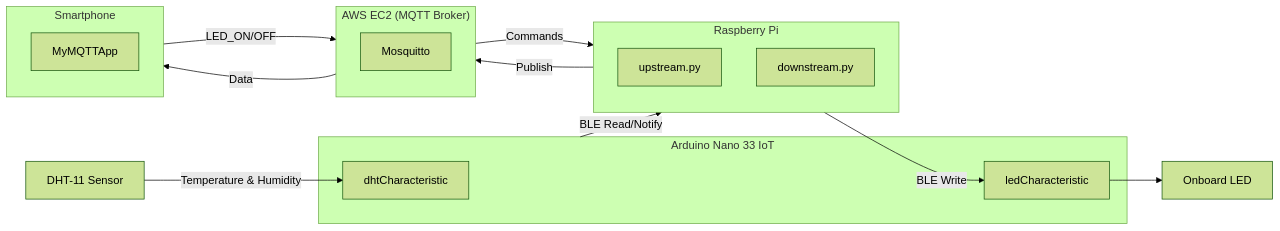
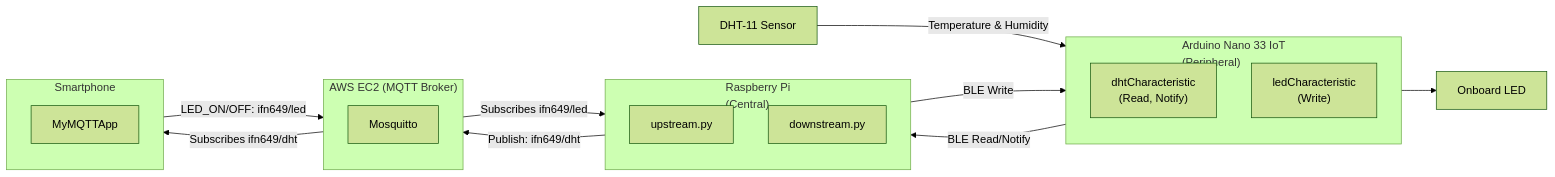
The diagram in README.md (baramatsubonzo/ble-dht11-to-mqtt-with-led-return), drawn with Mermaid (forest theme) before and after one commit.

Commit message:
update architecture

````diff
--- a/README.md
+++ b/README.md
@@ -2,33 +2,33 @@
 ```mermaid
 flowchart LR
     DHT["DHT-11 Sensor"]
     LED["Onboard LED"]
 
-    subgraph Arduino["Arduino Nano 33 IoT"]
-		BLE_Char1["dhtCharacteristic"]
-        BLE_Char2["ledCharacteristic"]
+    subgraph Arduino["Arduino Nano 33 IoT<br>(Peripheral)"]
+		BLE_Char1["dhtCharacteristic<br>(Read, Notify)"]
+        BLE_Char2["ledCharacteristic<br>(Write)"]
     end
 
-    subgraph Pi["Raspberry Pi"]
+    subgraph Pi["Raspberry Pi<br>(Central)"]
         BLE_Read["upstream.py"]
         BLE_Write["downstream.py"]
     end
 
     subgraph EC2["AWS EC2 (MQTT Broker)"]
         Broker["Mosquitto"]
     end
 
 	subgraph Phone["Smartphone"]
 		 MyMQTTApp
 	end
 
-	DHT -->|Temperature & Humidity| BLE_Char1
+	DHT -->|Temperature & Humidity| Arduino
     Arduino --> |BLE Read/Notify| Pi
-    Pi --> |Publish| EC2
-    EC2 --> |Data| Phone
-    Phone --> |LED_ON/OFF| EC2
-    EC2 --> |Commands| Pi
-    Pi --> |BLE Write| BLE_Char2
-    BLE_Char2 --> LED
+    Pi --> |Publish: ifn649/dht| EC2
+    EC2 --> |Subscribes ifn649/dht| Phone
+    Phone --> |LED_ON/OFF: ifn649/led| EC2
+    EC2 --> |Subscribes ifn649/led| Pi
+    Pi --> |BLE Write| Arduino
+    Arduino --> LED
 
 ```
````
